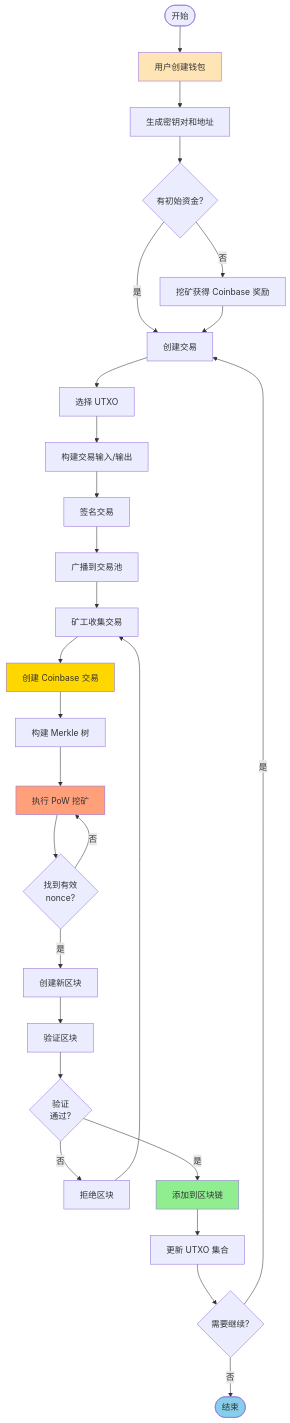
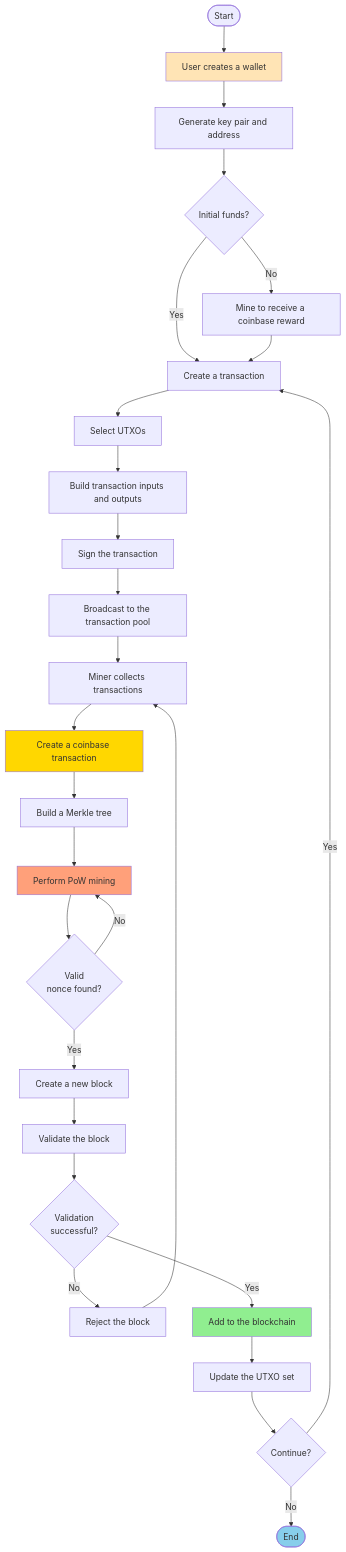
Before and after one commit to stefanSuYiGuo/bitcoin-simplifier: the first of 8 diagrams in docs/TECH_DESIGN.md, drawn with Mermaid. The commit also changed other lines of this file, not shown here.

Commit message:
Detail the system architecture and component interactions

````diff
--- a/docs/TECH_DESIGN.md
+++ b/docs/TECH_DESIGN.md
@@ -17,42 +17,42 @@
 ```mermaid
 graph TB
-    START([开始]) --> A[用户创建钱包]
-    A --> B[生成密钥对和地址]
-    B --> C{有初始资金?}
+    START([Start]) --> A[User creates a wallet]
+    A --> B[Generate key pair and address]
+    B --> C{Initial funds?}
     
-    C -->|否| D[挖矿获得 Coinbase 奖励]
-    C -->|是| E[创建交易]
+    C -->|No| D[Mine to receive a coinbase reward]
+    C -->|Yes| E[Create a transaction]
     D --> E
     
-    E --> F[选择 UTXO]
-    F --> G[构建交易输入/输出]
-    G --> H[签名交易]
-    H --> I[广播到交易池]
+    E --> F[Select UTXOs]
+    F --> G[Build transaction inputs and outputs]
+    G --> H[Sign the transaction]
+    H --> I[Broadcast to the transaction pool]
     
-    I --> J[矿工收集交易]
-    J --> K[创建 Coinbase 交易]
-    K --> L[构建 Merkle 树]
-    L --> M[执行 PoW 挖矿]
+    I --> J[Miner collects transactions]
+    J --> K[Create a coinbase transaction]
+    K --> L[Build a Merkle tree]
+    L --> M[Perform PoW mining]
     
-    M --> N{找到有效<br/>nonce?}
-    N -->|否| M
-    N -->|是| O[创建新区块]
+    M --> N{Valid<br/>nonce found?}
+    N -->|No| M
+    N -->|Yes| O[Create a new block]
     
-    O --> P[验证区块]
-    P --> Q{验证<br/>通过?}
-    Q -->|否| R[拒绝区块]
-    Q -->|是| S[添加到区块链]
+    O --> P[Validate the block]
+    P --> Q{Validation<br/>successful?}
+    Q -->|No| R[Reject the block]
+    Q -->|Yes| S[Add to the blockchain]
     
-    S --> T[更新 UTXO 集合]
-    T --> U{需要继续?}
-    U -->|是| E
-    U -->|否| END([结束])
+    S --> T[Update the UTXO set]
+    T --> U{Continue?}
+    U -->|Yes| E
+    U -->|No| END([End])
     
     R --> J
     
     style A fill:#FFE4B5
     style K fill:#FFD700
     style M fill:#FFA07A
     style S fill:#90EE90
     style END fill:#87CEEB
 ```
````
